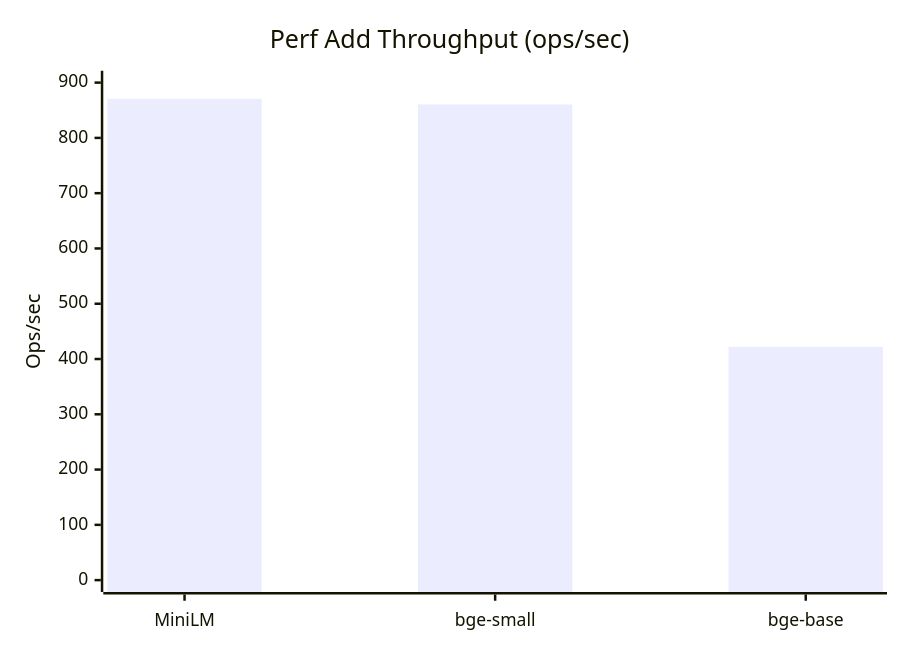
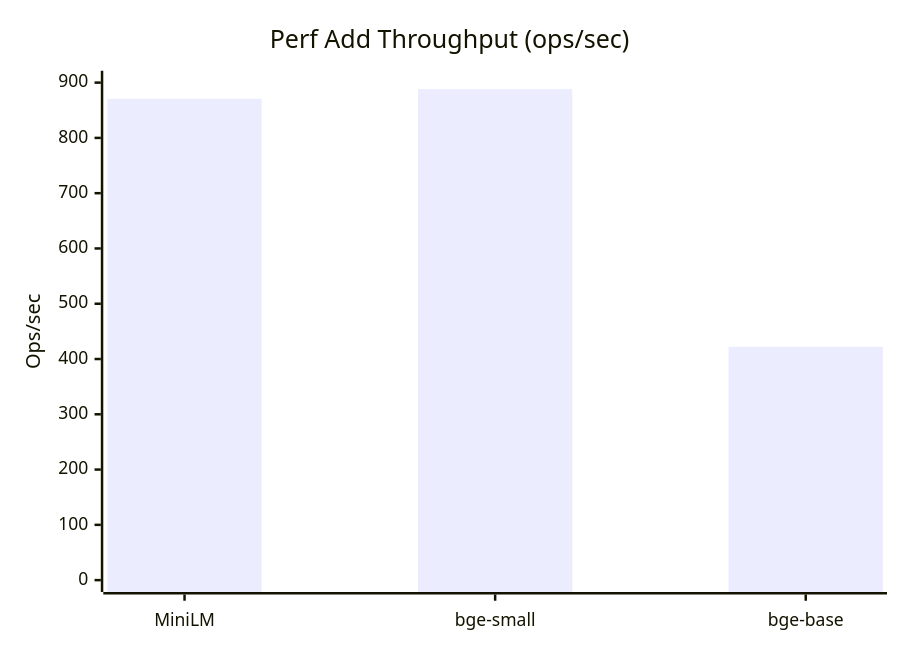
The seventh of 9 diagrams in benchmarks/CHARTS.md (codysnider/tagmem), drawn with Mermaid before and after one commit. The commit also changed other lines of this file and 10 other files, not shown here.

````diff
--- a/benchmarks/CHARTS.md
+++ b/benchmarks/CHARTS.md
@@ -67,7 +67,7 @@
 ```mermaid
 xychart-beta
     title "Perf Add Throughput (ops/sec)"
     x-axis ["MiniLM", "bge-small", "bge-base"]
     y-axis "Ops/sec" 0 --> 900
-    bar [870.67, 860.57, 422.00]
+    bar [870.67, 888.45, 422.00]
 ```
````
